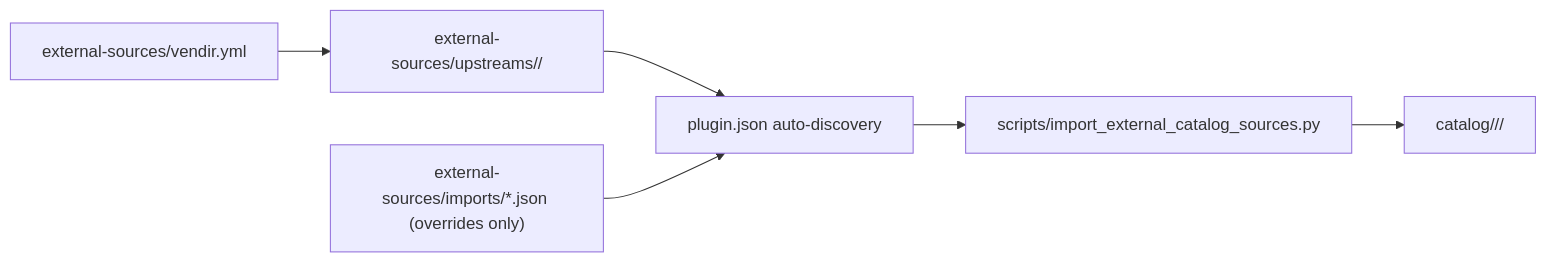
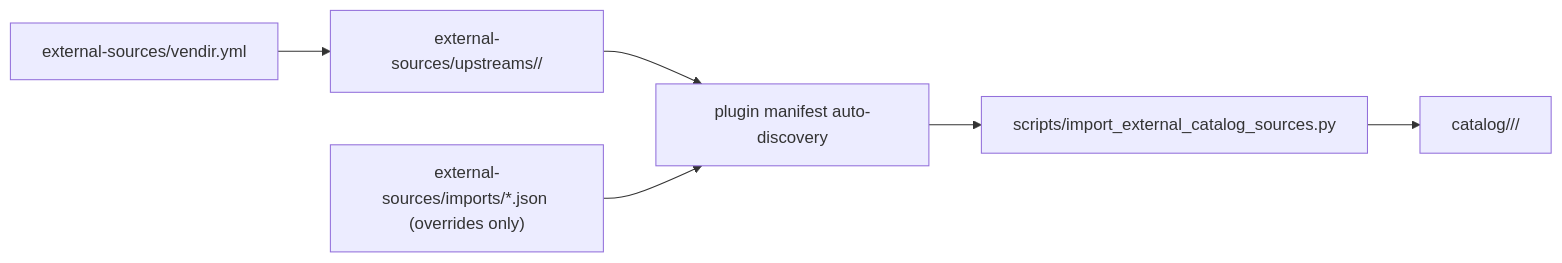
Before and after one commit to managedcode/dotnet-skills: the second of 3 diagrams in README.md, drawn with Mermaid. The commit also changed other lines of this file and 64 other files, not shown here.

````diff
--- a/README.md
+++ b/README.md
@@ -279,8 +279,8 @@
 ```mermaid
 flowchart LR
   A["external-sources/vendir.yml"] --> B["external-sources/upstreams/<repo>/"]
-  B --> C["plugin.json auto-discovery"]
+  B --> C["plugin manifest auto-discovery"]
   D["external-sources/imports/*.json (overrides only)"] --> C
   C --> E["scripts/import_external_catalog_sources.py"]
   E --> F["catalog/<type>/<package>/"]
 ```
````
